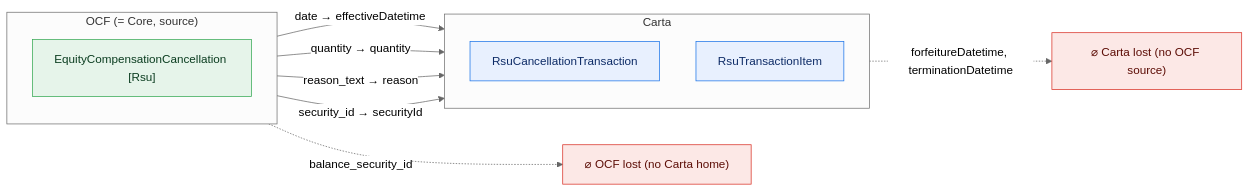
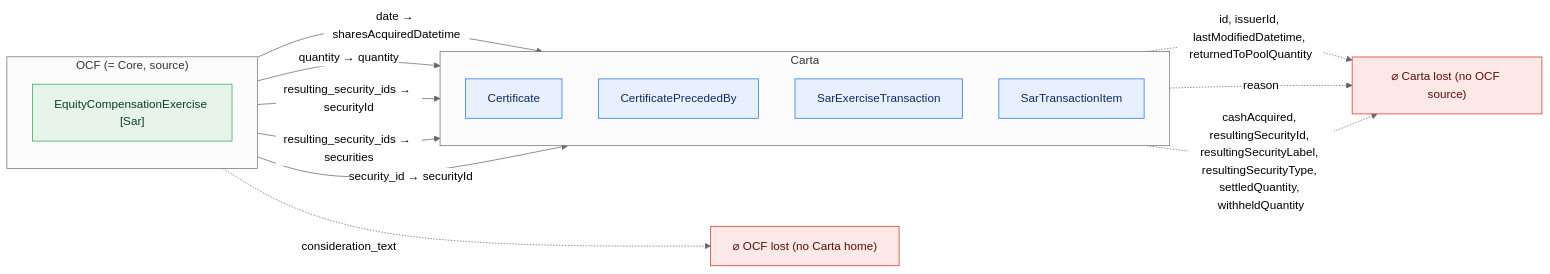
Before and after one commit to Open-Cap-Table-Coalition/OCF-Composed-Schemas: diagram 22 of 50 in docs/core-bidirectional-flow.md, drawn with Mermaid (neutral theme). The commit also changed other lines of this file and 33 other files, not shown here.

````diff
--- a/docs/core-bidirectional-flow.md
+++ b/docs/core-bidirectional-flow.md
@@ -745,24 +916,29 @@
 ```mermaid
 flowchart LR
   classDef adm fill:#e6f4ea,stroke:#34a853,color:#0b3d20;
   classDef notadm fill:#f1f3f4,stroke:#9aa0a6,color:#5f6368,stroke-dasharray:4 3;
   classDef carta fill:#e8f0fe,stroke:#1a73e8,color:#0d2b66;
   classDef lost fill:#fce8e6,stroke:#d93025,color:#5c0d06;
   subgraph SRC["OCF (= Core, source)"]
     direction TB
-    o0["EquityCompensationCancellation [Rsu]"]:::adm
+    o0["EquityCompensationExercise [Sar]"]:::adm
   end
   subgraph TGT["Carta"]
     direction TB
-    t0["RsuCancellationTransaction"]:::carta
-    t1["RsuTransactionItem"]:::carta
+    t0["Certificate"]:::carta
+    t1["CertificatePrecededBy"]:::carta
+    t2["SarExerciseTransaction"]:::carta
+    t3["SarTransactionItem"]:::carta
   end
   ocflost["⌀ OCF lost (no Carta home)"]:::lost
   cartalost["⌀ Carta lost (no OCF source)"]:::lost
-  o0 -->|"date → effectiveDatetime"| t0
-  o0 -->|"quantity → quantity"| t0
-  o0 -->|"reason_text → reason"| t0
-  o0 -->|"security_id → securityId"| t1
-  o0 -.->|"balance_security_id"| ocflost
-  t0 -.->|"forfeitureDatetime, terminationDatetime"| cartalost
+  o0 -->|"date → sharesAcquiredDatetime"| t2
+  o0 -->|"quantity → quantity"| t2
+  o0 -->|"resulting_security_ids → securityId"| t0
+  o0 -->|"resulting_security_ids → securities"| t1
+  o0 -->|"security_id → securityId"| t3
+  o0 -.->|"consideration_text"| ocflost
+  t0 -.->|"id, issuerId, lastModifiedDatetime, returnedToPoolQuantity"| cartalost
+  t1 -.->|"reason"| cartalost
+  t2 -.->|"cashAcquired, resultingSecurityId, resultingSecurityLabel, resultingSecurityType, settledQuantity, withheldQuantity"| cartalost
 ```
````
